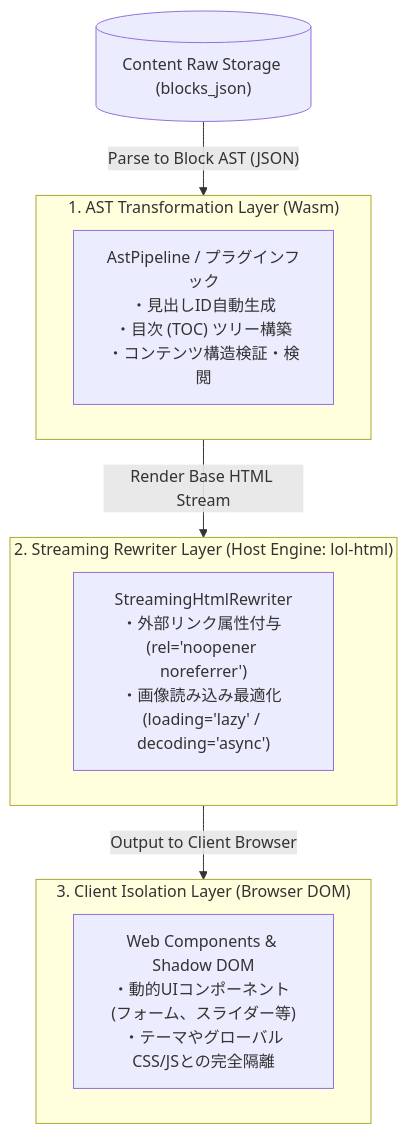
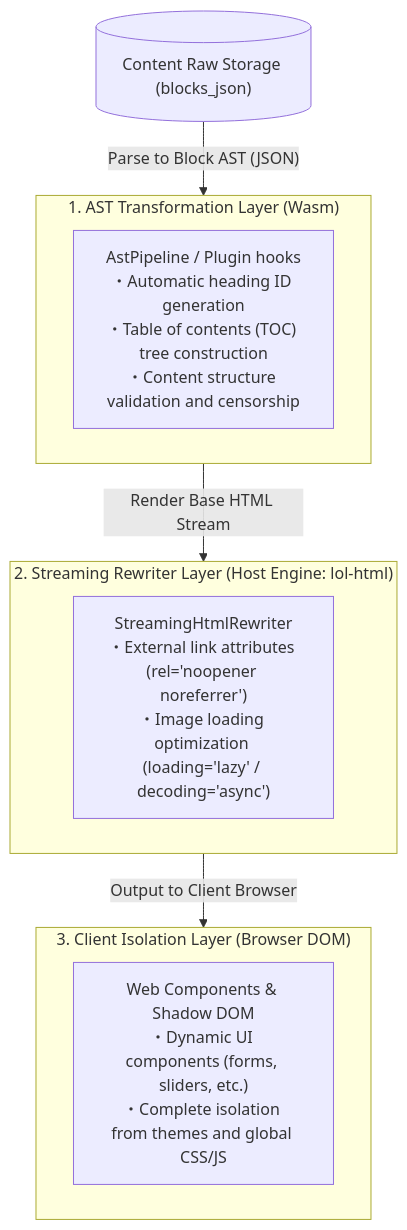
One commit to takumi-mr/AegisCMS changed the second of 2 diagrams in README.md. Above: the diagram before and after it, drawn with Mermaid. The commit also changed other lines of this file and 144 other files, not shown here.

````diff
--- a/README.md
+++ b/README.md
@@ -352,27 +358,27 @@
 ```mermaid
 flowchart TD
     Storage[("Content Raw Storage (blocks_json)")]
 
     subgraph Layer1["1. AST Transformation Layer (Wasm)"]
-        AST["AstPipeline / プラグインフック
-・見出しID自動生成
-・目次 (TOC) ツリー構築
-・コンテンツ構造検証・検閲"]
+        AST["AstPipeline / Plugin hooks
+・Automatic heading ID generation
+・Table of contents (TOC) tree construction
+・Content structure validation and censorship"]
     end
 
     subgraph Layer2["2. Streaming Rewriter Layer (Host Engine: lol-html)"]
         Rewriter["StreamingHtmlRewriter
-・外部リンク属性付与 (rel='noopener noreferrer')
-・画像読み込み最適化 (loading='lazy' / decoding='async')"]
+・External link attributes (rel='noopener noreferrer')
+・Image loading optimization (loading='lazy' / decoding='async')"]
     end
 
     subgraph Layer3["3. Client Isolation Layer (Browser DOM)"]
         Client["Web Components & Shadow DOM
-・動的UIコンポーネント (フォーム、スライダー等)
-・テーマやグローバルCSS/JSとの完全隔離"]
+・Dynamic UI components (forms, sliders, etc.)
+・Complete isolation from themes and global CSS/JS"]
     end
 
     Storage -->|"Parse to Block AST (JSON)"| Layer1
     Layer1 -->|"Render Base HTML Stream"| Layer2
     Layer2 -->|"Output to Client Browser"| Layer3
 ```
````
